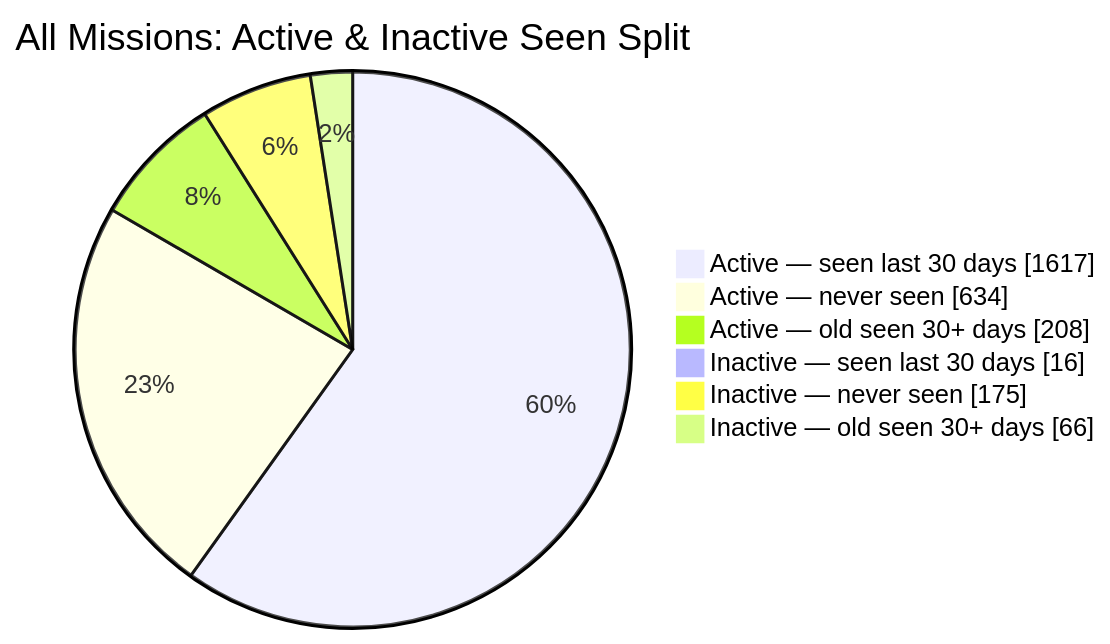
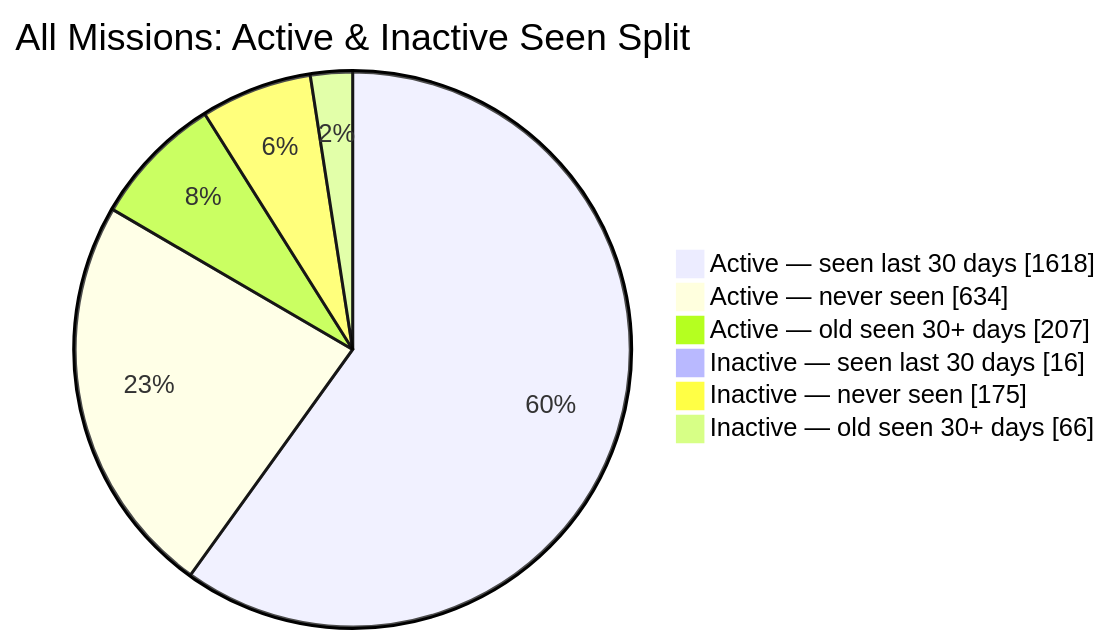
The second of 2 diagrams in README.md (MeldkamerspelGameTeam/active-missions), drawn with Mermaid before and after one commit. The commit also changed other lines of this file and 8 other files, not shown here.

````diff
--- a/README.md
+++ b/README.md
@@ -44,10 +44,10 @@
 ```mermaid
 pie showData
     title All Missions: Active & Inactive Seen Split
-    "Active — seen last 30 days" : 1617
+    "Active — seen last 30 days" : 1618
     "Active — never seen" : 634
-    "Active — old seen 30+ days" : 208
+    "Active — old seen 30+ days" : 207
     "Inactive — seen last 30 days" : 16
     "Inactive — never seen" : 175
     "Inactive — old seen 30+ days" : 66
 ```
````
